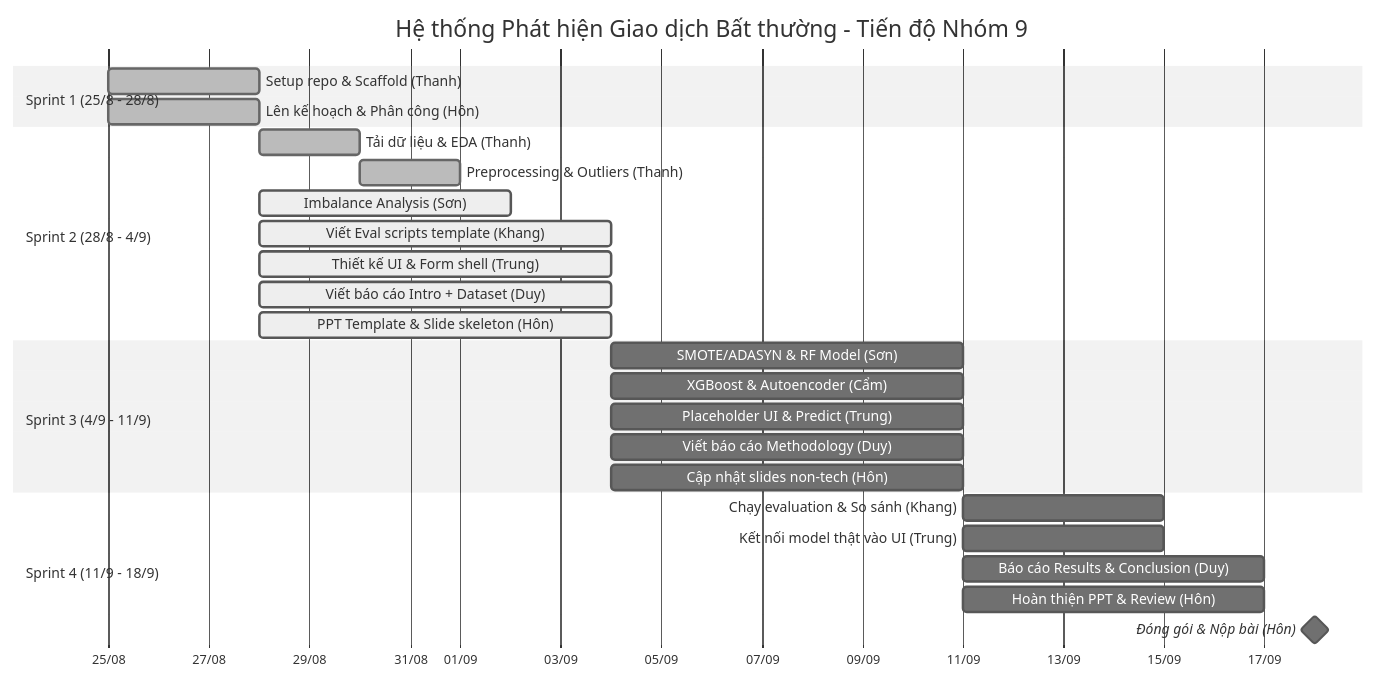
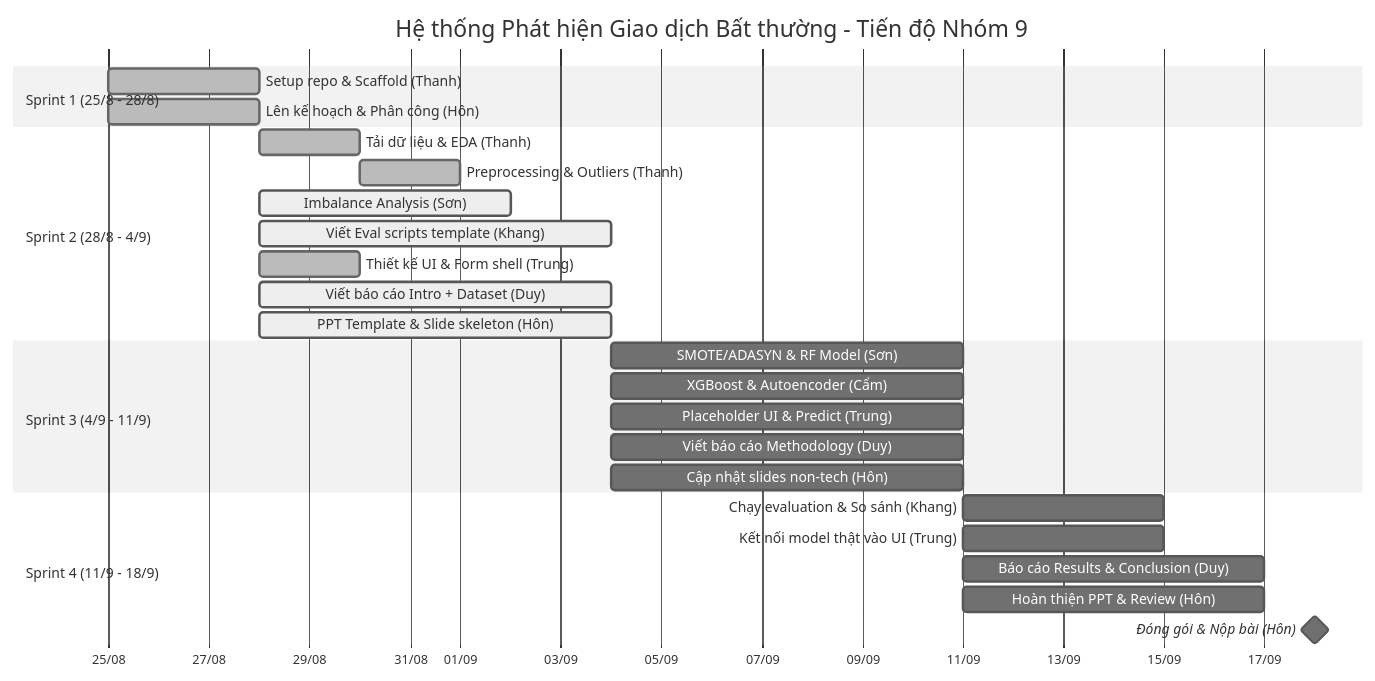
One commit to uit-25730067-chithanh/CS106-Team09-Fraud-Detection changed the diagram in draft/fraud-detection/docs/project-roadmap.md. Above: the diagram before and after it, drawn with Mermaid (neutral theme). The commit also changed other lines of this file and 8 other files, not shown here.

````diff
--- a/draft/fraud-detection/docs/project-roadmap.md
+++ b/draft/fraud-detection/docs/project-roadmap.md
@@ -13,34 +13,34 @@
 ```mermaid
 gantt
     title Hệ thống Phát hiện Giao dịch Bất thường - Tiến độ Nhóm 9
     dateFormat  YYYY-MM-DD
     axisFormat  %d/%m
     tickInterval 1w
 
     section Sprint 1 (25/8 - 28/8)
     Setup repo & Scaffold (Thanh)        :done, s1_1, 2026-08-25, 2026-08-28
     Lên kế hoạch & Phân công (Hôn)      :done, s1_2, 2026-08-25, 2026-08-28
 
     section Sprint 2 (28/8 - 4/9)
     Tải dữ liệu & EDA (Thanh)            :done, s2_1, 2026-08-28, 2d
     Preprocessing & Outliers (Thanh)     :done, s2_2, 2026-08-30, 2d
     Imbalance Analysis (Sơn)             :active, s2_3, 2026-08-28, 5d
     Viết Eval scripts template (Khang)   :active, s2_4, 2026-08-28, 7d
-    Thiết kế UI & Form shell (Trung)     :active, s2_5, 2026-08-28, 7d
+    Thiết kế UI & Form shell (Trung)     :done, s2_5, 2026-08-28, 2d
     Viết báo cáo Intro + Dataset (Duy)   :active, s2_6, 2026-08-28, 7d
     PPT Template & Slide skeleton (Hôn)  :active, s2_7, 2026-08-28, 7d
 
     section Sprint 3 (4/9 - 11/9)
     SMOTE/ADASYN & RF Model (Sơn)        :s3_1, 2026-09-04, 7d
     XGBoost & Autoencoder (Cẩm)          :s3_2, 2026-09-04, 7d
     Placeholder UI & Predict (Trung)     :s3_3, 2026-09-04, 7d
     Viết báo cáo Methodology (Duy)       :s3_4, 2026-09-04, 7d
     Cập nhật slides non-tech (Hôn)       :s3_5, 2026-09-04, 7d
 
     section Sprint 4 (11/9 - 18/9)
     Chạy evaluation & So sánh (Khang)   :s4_1, 2026-09-11, 4d
     Kết nối model thật vào UI (Trung)    :s4_2, 2026-09-11, 4d
     Báo cáo Results & Conclusion (Duy)   :s4_3, 2026-09-11, 6d
     Hoàn thiện PPT & Review (Hôn)        :s4_4, 2026-09-11, 6d
     Đóng gói & Nộp bài (Hôn)             :milestone, s4_5, 2026-09-18, 0d
 ```
````
